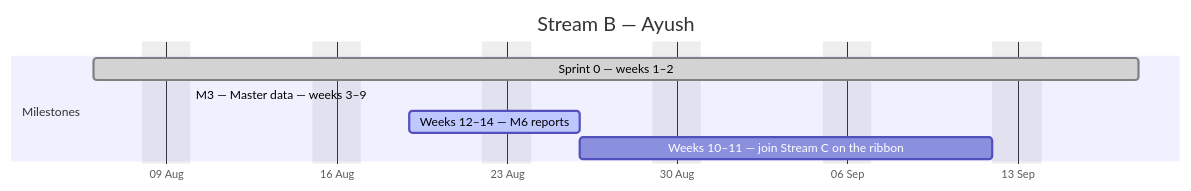
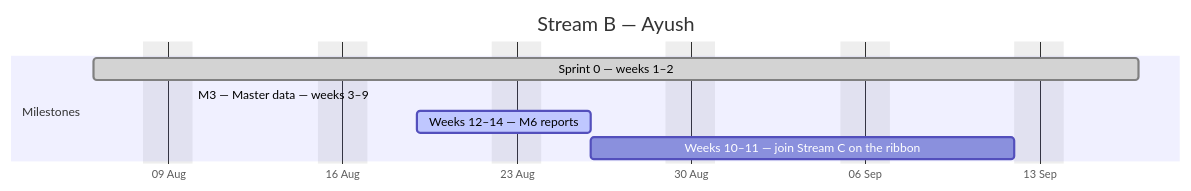
One commit to debashisedunext/EduTrack changed the second of 4 diagrams in docs/plan/GANTT.md. Above: the diagram before and after it, drawn with Mermaid. The commit also changed other lines of this file and 3 other files, not shown here.

````diff
--- a/docs/plan/GANTT.md
+++ b/docs/plan/GANTT.md
@@ -105,12 +105,12 @@
 ```mermaid
 gantt
     dateFormat YYYY-MM-DD
     axisFormat %d %b
     title Stream B — Ayush
     excludes weekends
     section Milestones
-    Sprint 0 — weeks 1–2 :done, b0, 2026-08-06, 31d
-    M3 — Master data — weeks 3–9 :active, b1, 2026-08-10, -8d
+    Sprint 0 — weeks 1–2 :done, b0, 2026-08-06, 30d
+    M3 — Master data — weeks 3–9 :active, b1, 2026-08-10, -7d
     Weeks 12–14 — M6 reports :active, b2, 2026-08-19, 5d
     Weeks 10–11 — join Stream C on the ribbon :b3, 2026-08-26, 13d
 ```
````
